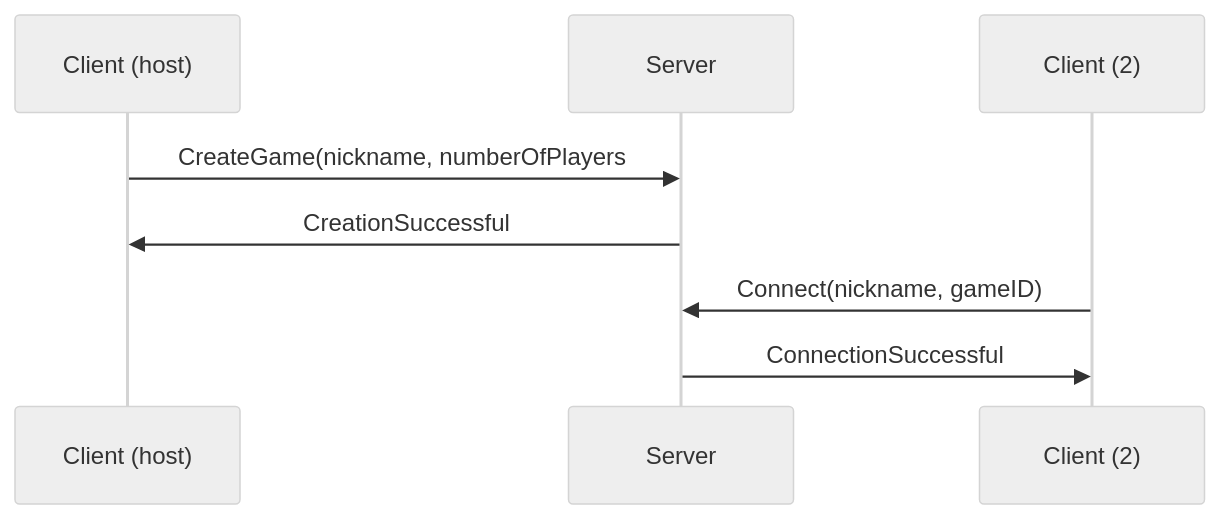
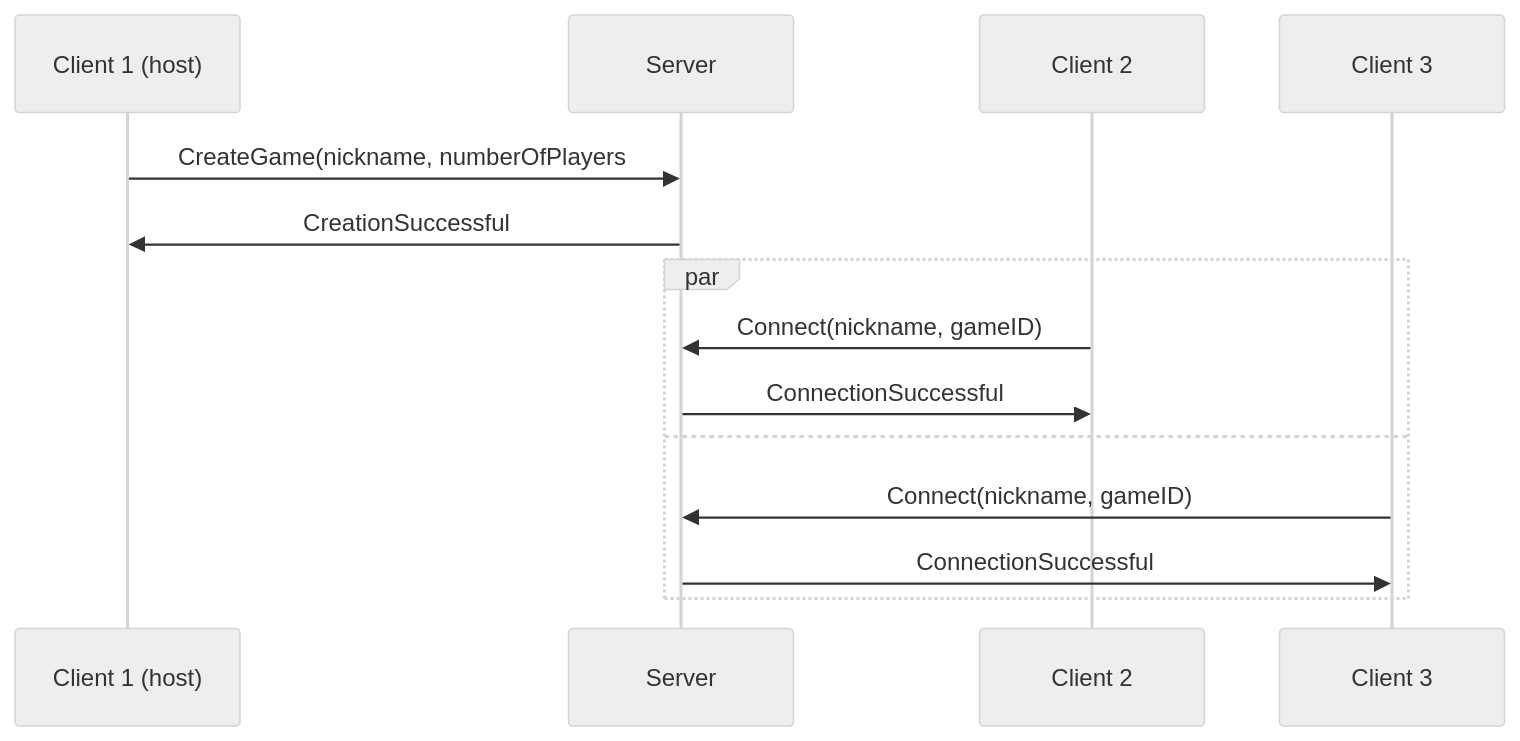
Before and after one commit to lorenzo-morelli/Eriantys: the third of 3 diagrams in deliveries/protocol_documentation.md, drawn with Mermaid (neutral theme). The commit also changed other lines of this file and 1 other file, not shown here.

````diff
--- a/deliveries/protocol_documentation.md
+++ b/deliveries/protocol_documentation.md
@@ -218,8 +227,12 @@
 ```mermaid
 sequenceDiagram
-Client (host) ->> Server: CreateGame(nickname, numberOfPlayers
-Server->>Client (host): CreationSuccessful
-Client (2)->>Server: Connect(nickname, gameID)
-Server->> Client (2): ConnectionSuccessful
-
+Client 1 (host) ->> Server: CreateGame(nickname, numberOfPlayers
+Server->>Client 1 (host): CreationSuccessful
+par
+    Client 2->>Server: Connect(nickname, gameID)
+    Server->> Client 2: ConnectionSuccessful
+and
+    Client 3->>Server: Connect(nickname, gameID)
+    Server->> Client 3: ConnectionSuccessful
+end
 ```
````
